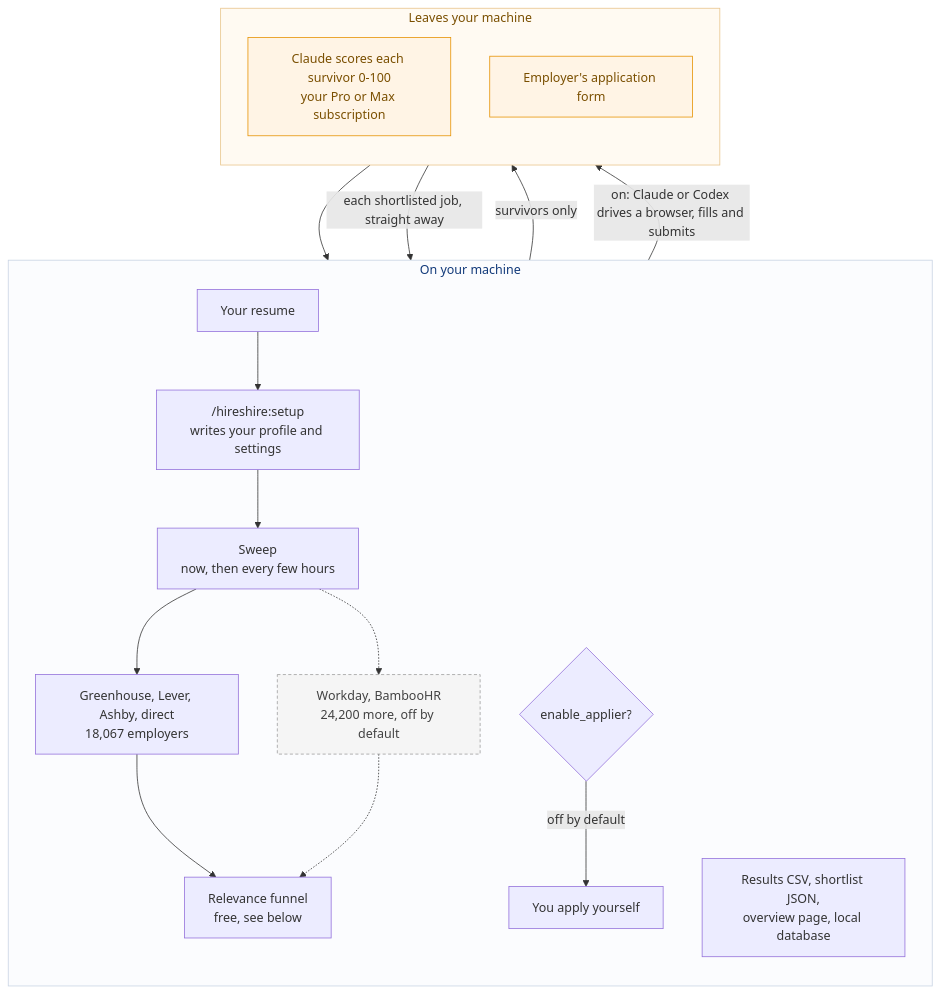
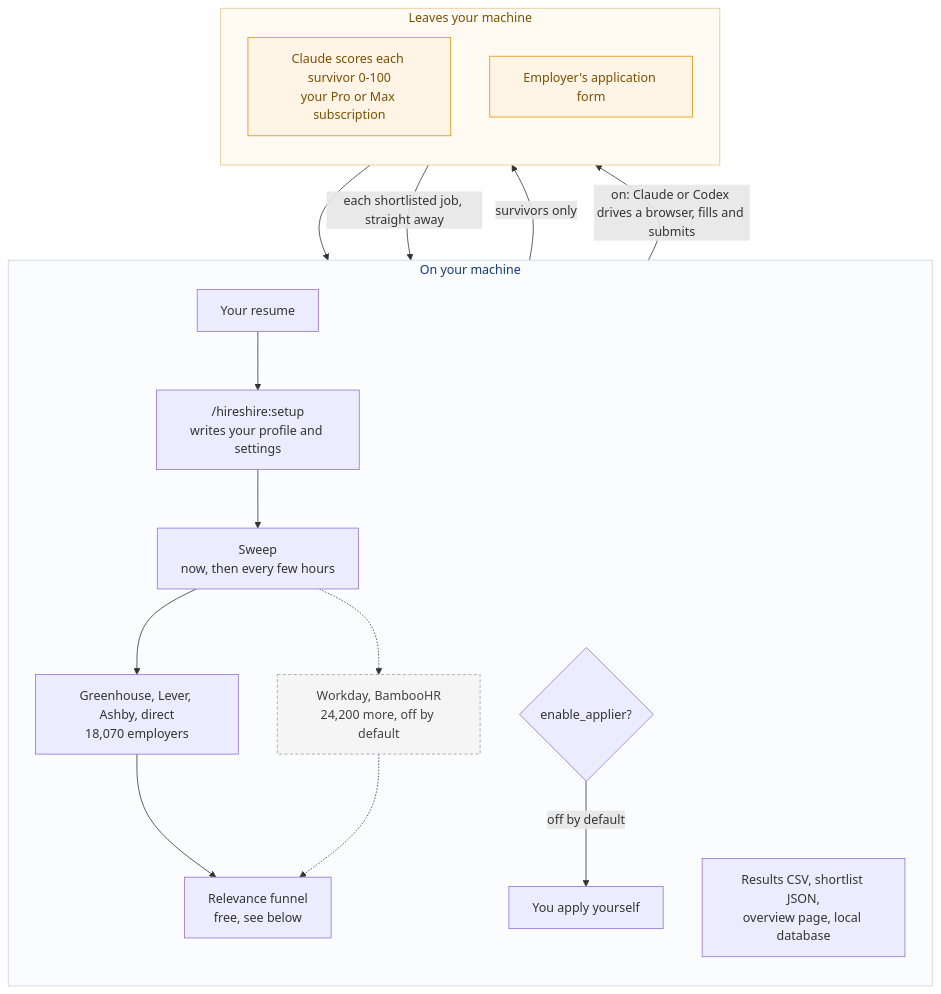
One commit to slowloris-98/HireShire-plugin changed the first of 2 diagrams in docs/TECH_ARCH.md. Above: the diagram before and after it, drawn with Mermaid. The commit also changed 17 other files, not shown here.

````diff
--- a/docs/TECH_ARCH.md
+++ b/docs/TECH_ARCH.md
@@ -17,38 +17,38 @@
 ```mermaid
 flowchart TD
     subgraph local["On your machine"]
         direction TB
         R["Your resume"]
         SET["/hireshire:setup<br/>writes your profile and settings"]
         SWEEP["Sweep<br/>now, then every few hours"]
-        B1["Greenhouse, Lever, Ashby, direct<br/>18,067 employers"]
+        B1["Greenhouse, Lever, Ashby, direct<br/>18,070 employers"]
         B2["Workday, BambooHR<br/>24,200 more, off by default"]
         FUN["Relevance funnel<br/>free, see below"]
         OUT["Results CSV, shortlist JSON,<br/>overview page, local database"]
         APP{"enable_applier?"}
         YOU["You apply yourself"]
 
         R --> SET --> SWEEP
         SWEEP --> B1 --> FUN
         SWEEP -.-> B2 -.-> FUN
         APP -->|"off by default"| YOU
     end
 
     subgraph away["Leaves your machine"]
         direction TB
         CLAUDE["Claude scores each survivor 0-100<br/>your Pro or Max subscription"]
         EMP["Employer's application form"]
     end
 
     FUN -->|"survivors only"| CLAUDE
     CLAUDE --> OUT
     CLAUDE -->|"each shortlisted job, straight away"| APP
     APP -->|"on: Claude or Codex drives a browser, fills and submits"| EMP
 
     classDef off fill:#f5f5f5,stroke:#9e9e9e,color:#424242,stroke-dasharray:4 3
     classDef away fill:#fff4e5,stroke:#e69100,color:#7a4f00
     class B2 off
     class CLAUDE,EMP away
     style local fill:#fbfcfe,stroke:#c8d3e3,color:#123a7a
     style away fill:#fffaf2,stroke:#e8c48a,color:#7a4f00
 ```
````
